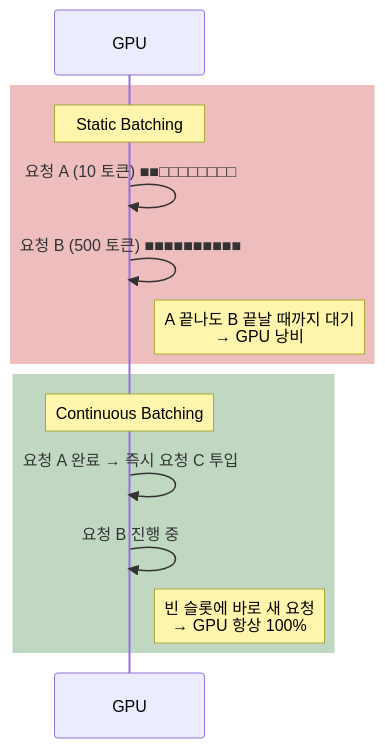
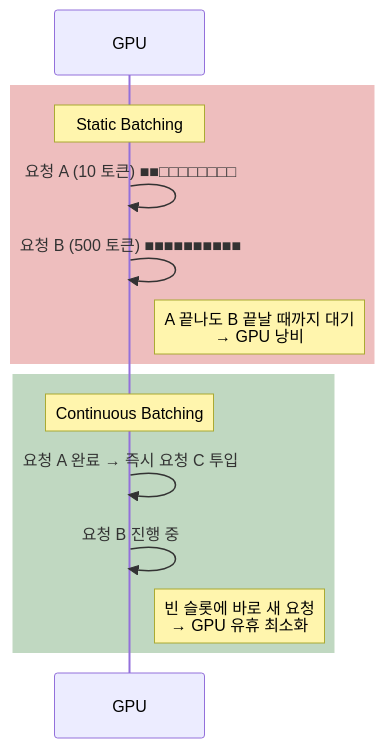
The fourth of 8 diagrams in ai/vLLM-GPU-위의-LLM은-누가-서빙하는가.md (sskim91/TIL), drawn with Mermaid before and after one commit. The commit also changed other lines of this file, not shown here.

````diff
--- a/ai/vLLM-GPU-위의-LLM은-누가-서빙하는가.md
+++ b/ai/vLLM-GPU-위의-LLM은-누가-서빙하는가.md
@@ -154,18 +161,18 @@
 ```mermaid
 sequenceDiagram
     participant GPU
 
     rect rgba(198, 40, 40, 0.3)
         Note over GPU: Static Batching
         GPU->>GPU: 요청 A (10 토큰) ■■□□□□□□□□
         GPU->>GPU: 요청 B (500 토큰) ■■■■■■■■■■
         Note right of GPU: A 끝나도 B 끝날 때까지 대기<br>→ GPU 낭비
     end
 
     rect rgba(46, 125, 50, 0.3)
         Note over GPU: Continuous Batching
         GPU->>GPU: 요청 A 완료 → 즉시 요청 C 투입
         GPU->>GPU: 요청 B 진행 중
-        Note right of GPU: 빈 슬롯에 바로 새 요청<br>→ GPU 항상 100%
+        Note right of GPU: 빈 슬롯에 바로 새 요청<br>→ GPU 유휴 최소화
     end
 ```
````
